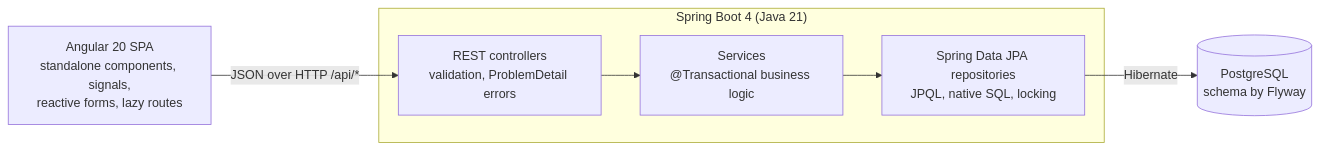
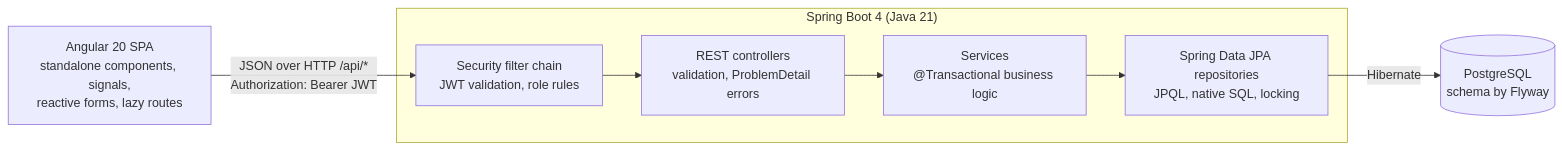
The first of 2 diagrams in README.md (ADarius22/Warehouse-Management), drawn with Mermaid before and after one commit. The commit also changed other lines of this file and 39 other files, not shown here.

````diff
--- a/README.md
+++ b/README.md
@@ -29,11 +34,12 @@
 ```mermaid
 flowchart LR
     UI["Angular 20 SPA<br/>standalone components, signals,<br/>reactive forms, lazy routes"]
     subgraph Backend["Spring Boot 4 (Java 21)"]
+        F["Security filter chain<br/>JWT validation, role rules"]
         C["REST controllers<br/>validation, ProblemDetail errors"]
         S["Services<br/>@Transactional business logic"]
         R["Spring Data JPA repositories<br/>JPQL, native SQL, locking"]
     end
     DB[("PostgreSQL<br/>schema by Flyway")]
-    UI -- "JSON over HTTP /api/*" --> C --> S --> R -- "Hibernate" --> DB
+    UI -- "JSON over HTTP /api/*<br/>Authorization: Bearer JWT" --> F --> C --> S --> R -- "Hibernate" --> DB
 ```
````
